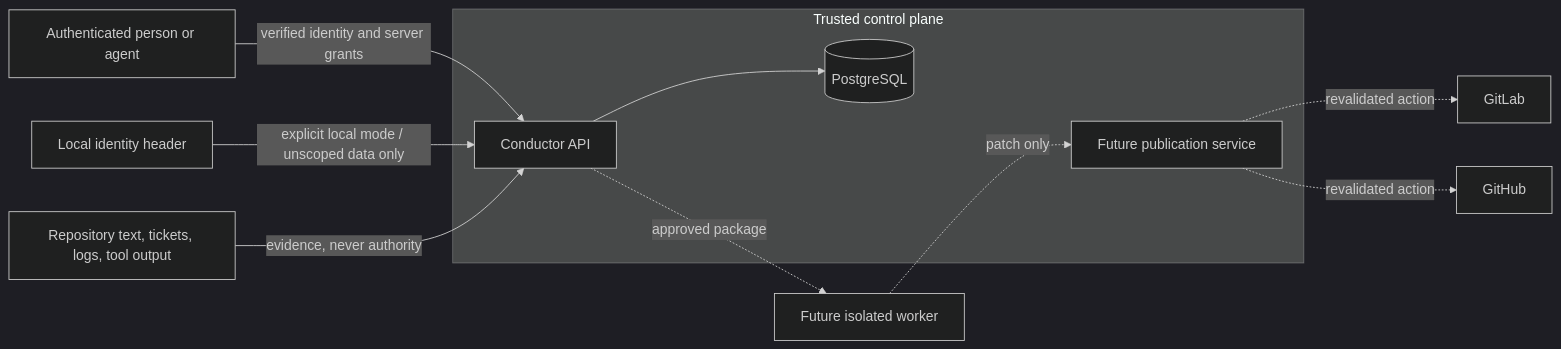
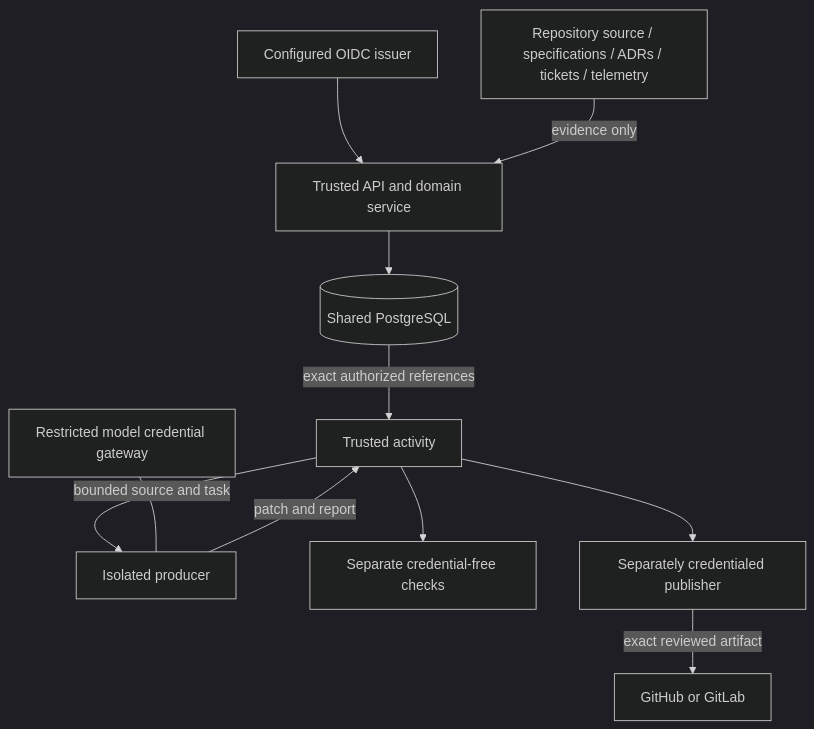
The second of 2 diagrams in docs/architecture/system.md (phenixrizen/conductor), drawn with Mermaid (dark theme) before and after one commit. The commit also changed other lines of this file and 2 other files, not shown here.

Commit message:
docs(architecture): describe implemented shared execution and delivery boundaries

````diff
--- a/docs/architecture/system.md
+++ b/docs/architecture/system.md
@@ -115,27 +78,14 @@
 ```mermaid
-flowchart LR
-    User[Authenticated person or agent]
-    LocalHeader[Local identity header]
-    API[Conductor API]
-    DB[(PostgreSQL)]
-    Untrusted[Repository text, tickets, logs, tool output]
-    Worker[Future isolated worker]
-    Publisher[Future publication service]
-    GitHubDelivery[GitHub]
-    GitLab[GitLab]
-
-    User -->|verified identity and server grants| API
-    LocalHeader -->|explicit local mode / unscoped data only| API
-    API --> DB
-    Untrusted -->|evidence, never authority| API
-    API -. approved package .-> Worker
-    Worker -. patch only .-> Publisher
-    Publisher -. revalidated action .-> GitLab
-    Publisher -. revalidated action .-> GitHubDelivery
-
-    subgraph TrustedControl[Trusted control plane]
-        API
-        DB
-        Publisher
-    end
+flowchart TB
+    Untrusted[Repository source / specifications / ADRs / tickets / telemetry]
+    Identity[Configured OIDC issuer] --> API[Trusted API and domain service]
+    Untrusted -->|evidence only| API
+    API --> DB[(Shared PostgreSQL)]
+    DB -->|exact authorized references| Activity[Trusted activity]
+    Activity -->|bounded source and task| Sandbox[Isolated producer]
+    Sandbox -->|patch and report| Activity
+    Activity --> Verify[Separate credential-free checks]
+    Activity --> Publisher[Separately credentialed publisher]
+    Publisher -->|exact reviewed artifact| Provider[GitHub or GitLab]
+    Gateway[Restricted model credential gateway] --- Sandbox
 ```
````
